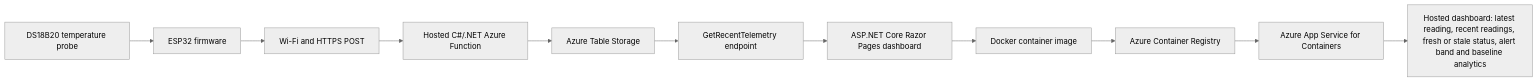
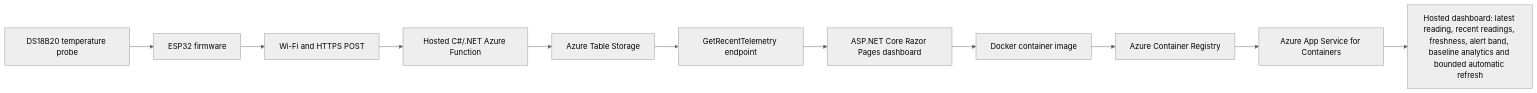
The diagram in README.md (sdaly-ie/hivewatch-cloud-iot), drawn with Mermaid (neutral theme) before and after one commit. The commit also changed other lines of this file, not shown here.

Commit message:
docs: close dashboard auto-refresh in README

````diff
--- a/README.md
+++ b/README.md
@@ -71,13 +73,13 @@
 ```mermaid
 flowchart LR
     A["DS18B20 temperature probe"] --> B["ESP32 firmware"]
     B --> C["Wi-Fi and HTTPS POST"]
     C --> D["Hosted C#/.NET Azure Function"]
     D --> E["Azure Table Storage"]
     E --> F["GetRecentTelemetry endpoint"]
     F --> G["ASP.NET Core Razor Pages dashboard"]
     G --> H["Docker container image"]
     H --> I["Azure Container Registry"]
     I --> J["Azure App Service for Containers"]
-    J --> K["Hosted dashboard: latest reading, recent readings, fresh or stale status, alert band and baseline analytics"]
+    J --> K["Hosted dashboard: latest reading, recent readings, freshness, alert band, baseline analytics and bounded automatic refresh"]
 ```
````
